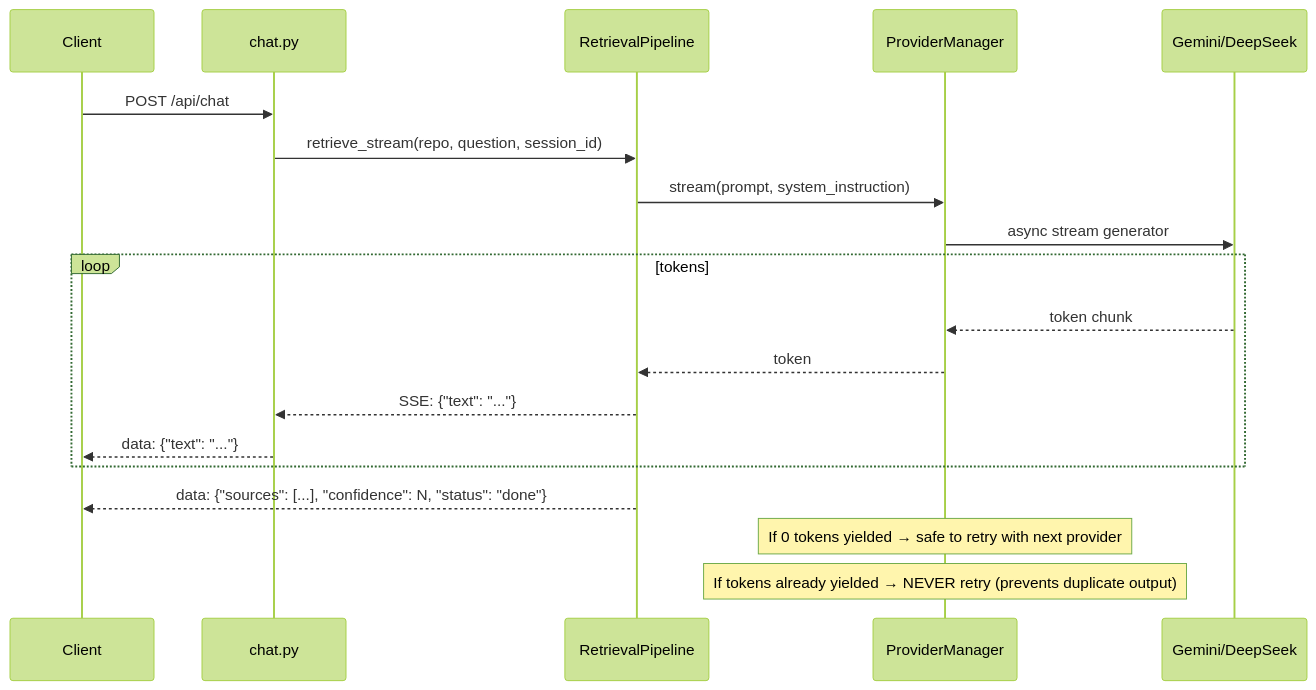
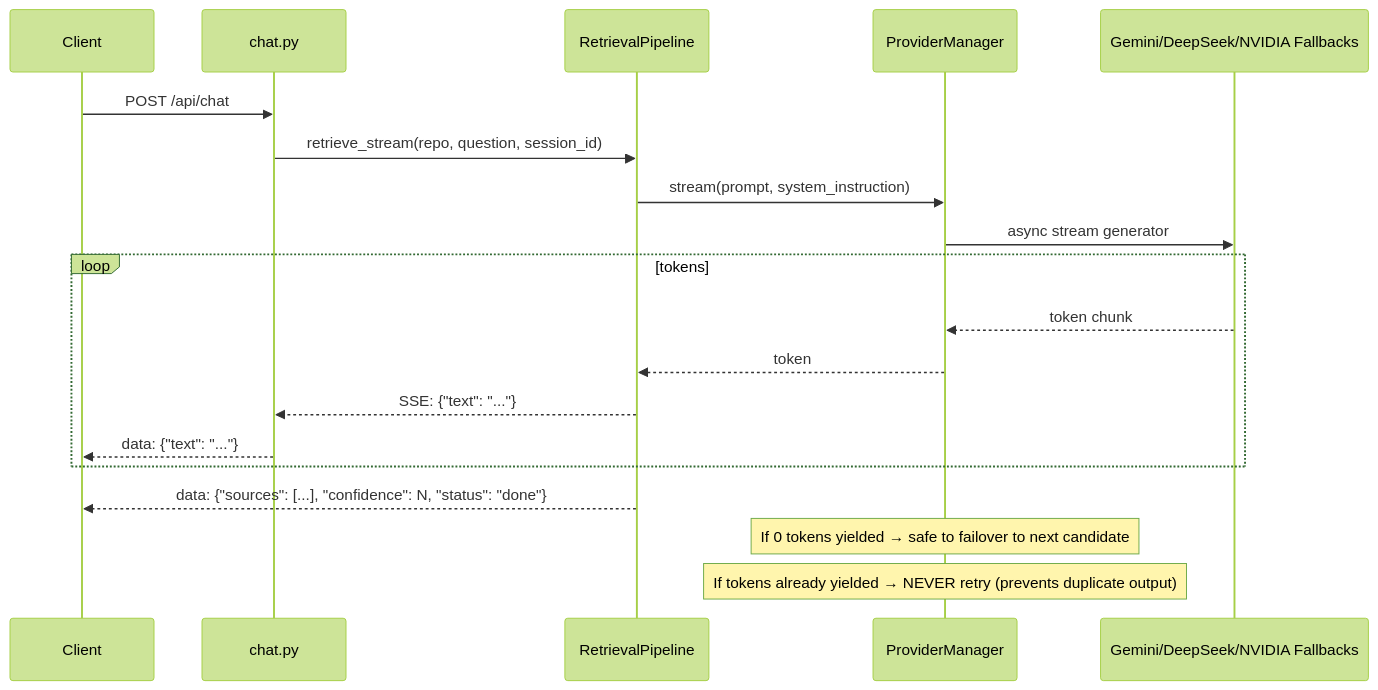
One commit to VarshithReddy2006/ARIA changed the sixth of 10 diagrams in ARCHITECTURE.md. Above: the diagram before and after it, drawn with Mermaid (forest theme). The commit also changed other lines of this file and 231 other files, not shown here.

````diff
--- a/ARCHITECTURE.md
+++ b/ARCHITECTURE.md
@@ -286,22 +293,22 @@
 ```mermaid
 sequenceDiagram
     participant Client
     participant Router as chat.py
     participant Pipeline as RetrievalPipeline
     participant PM as ProviderManager
-    participant Provider as Gemini/DeepSeek
+    participant Provider as Gemini/DeepSeek/NVIDIA Fallbacks
 
     Client->>Router: POST /api/chat
     Router->>Pipeline: retrieve_stream(repo, question, session_id)
     Pipeline->>PM: stream(prompt, system_instruction)
     PM->>Provider: async stream generator
     loop tokens
         Provider-->>PM: token chunk
         PM-->>Pipeline: token
         Pipeline-->>Router: SSE: {"text": "..."}
         Router-->>Client: data: {"text": "..."}
     end
     Pipeline-->>Client: data: {"sources": [...], "confidence": N, "status": "done"}
-    Note over PM: If 0 tokens yielded → safe to retry with next provider
+    Note over PM: If 0 tokens yielded → safe to failover to next candidate
     Note over PM: If tokens already yielded → NEVER retry (prevents duplicate output)
 ```
````
